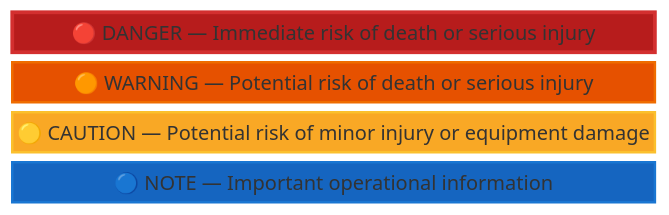
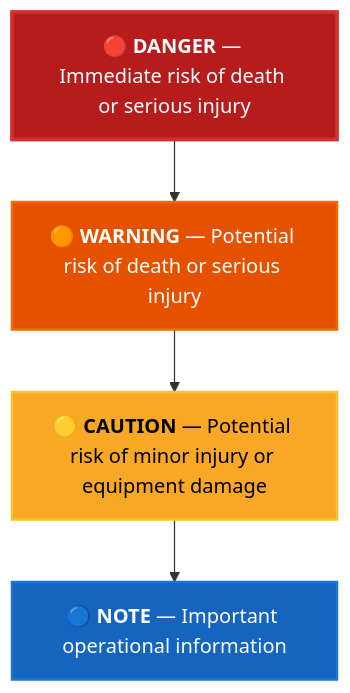
Before and after one commit to AmedeoPelliccia/AmedeoPelliccia: the seventh of 11 diagrams in ESSA/TD-ISA.md, drawn with Mermaid. The commit also changed other lines of this file, not shown here.

First line of the commit message:
fix: address review feedback — clarify badge text, replace Gantt with status graph, use compatible Mermaid syntax

````diff
--- a/ESSA/TD-ISA.md
+++ b/ESSA/TD-ISA.md
@@ -1047,13 +1047,14 @@
 ```mermaid
-block-beta
-    columns 1
-    D["🔴 DANGER — Immediate risk of death or serious injury"]:1
-    W["🟠 WARNING — Potential risk of death or serious injury"]:1
-    C["🟡 CAUTION — Potential risk of minor injury or equipment damage"]:1
-    N["🔵 NOTE — Important operational information"]:1
+graph TD
+    D["🔴 <b>DANGER</b> — Immediate risk of death or serious injury"]
+    W["🟠 <b>WARNING</b> — Potential risk of death or serious injury"]
+    C["🟡 <b>CAUTION</b> — Potential risk of minor injury or equipment damage"]
+    N["🔵 <b>NOTE</b> — Important operational information"]
+
+    D --> W --> C --> N
 
     style D fill:#b71c1c,color:#ffffff,stroke:#d32f2f,stroke-width:3px
     style W fill:#e65100,color:#ffffff,stroke:#ef6c00,stroke-width:2px
     style C fill:#f9a825,color:#000000,stroke:#fbc02d,stroke-width:2px
     style N fill:#1565c0,color:#ffffff,stroke:#1976d2,stroke-width:2px
 ```
````
